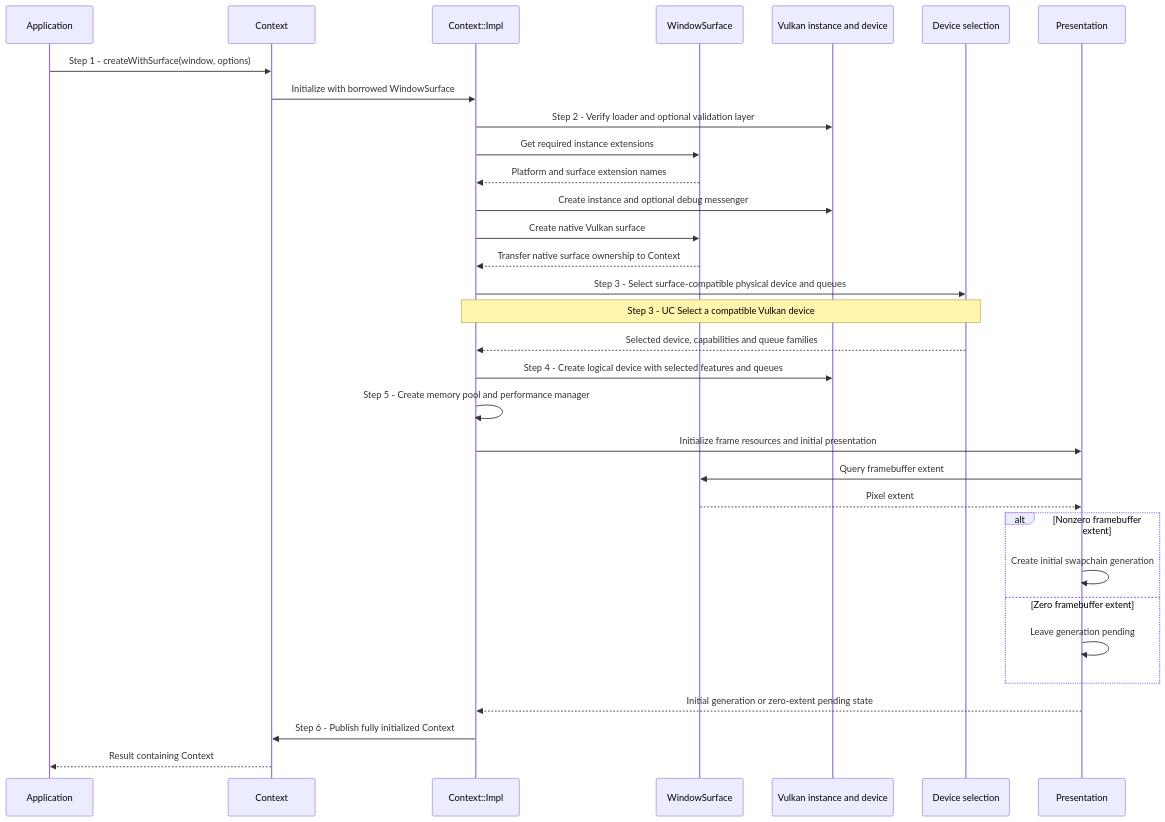
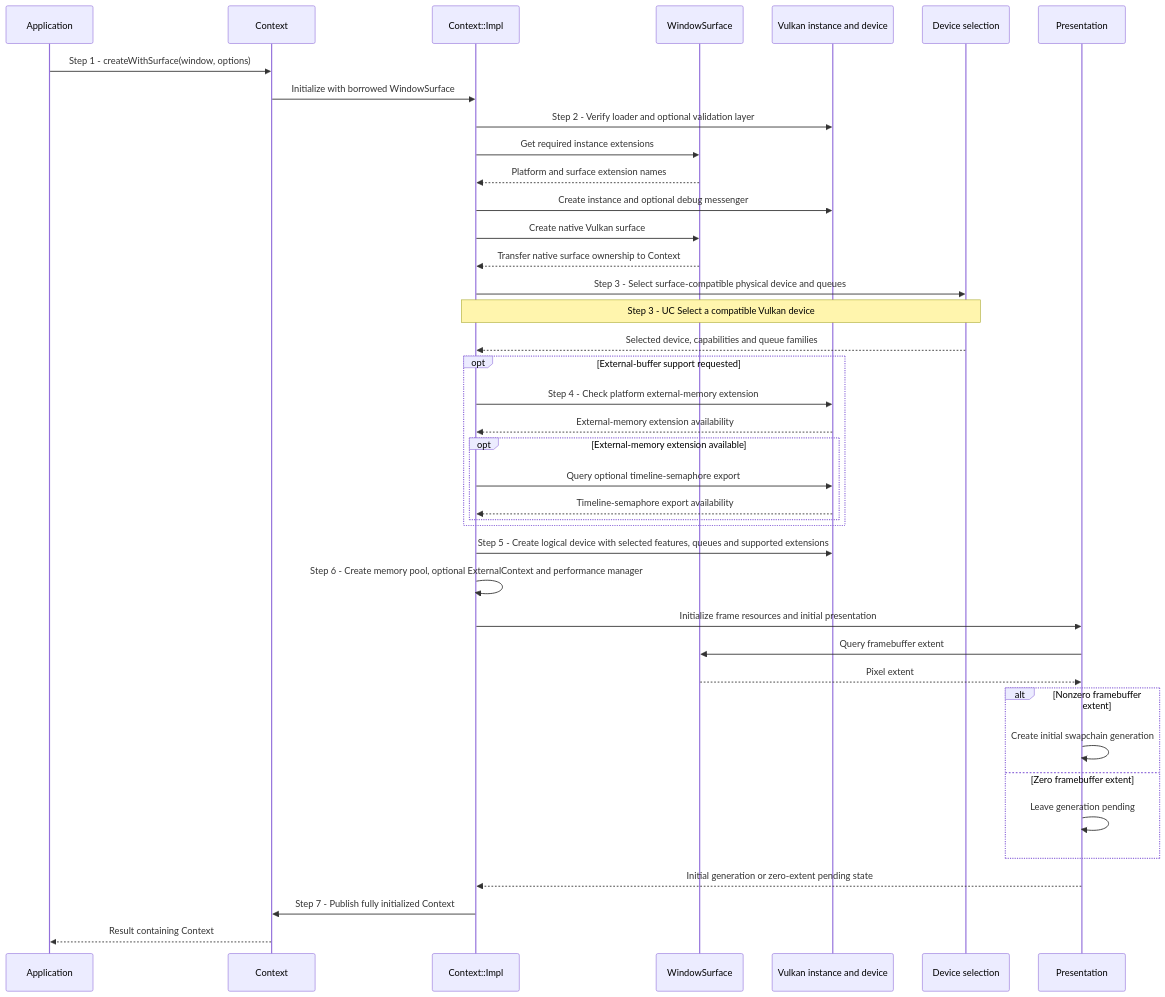
The second of 3 diagrams in docs/use-cases/create-context.md (a-soltysik/Panda), drawn with Mermaid before and after one commit. The commit also changed other lines of this file and 31 other files, not shown here.

Commit message:
Add optional timeline semaphore export and CUDA import (#86)

````diff
--- a/docs/use-cases/create-context.md
+++ b/docs/use-cases/create-context.md
@@ -75,34 +95,42 @@
 ```mermaid
 sequenceDiagram
     participant A as Application
     participant C as Context
     participant I as Context::Impl
     participant W as WindowSurface
     participant V as Vulkan instance and device
     participant D as Device selection
     participant P as Presentation
     A->>C: Step 1 - createWithSurface(window, options)
     C->>I: Initialize with borrowed WindowSurface
     I->>V: Step 2 - Verify loader and optional validation layer
     I->>W: Get required instance extensions
     W-->>I: Platform and surface extension names
     I->>V: Create instance and optional debug messenger
     I->>W: Create native Vulkan surface
     W-->>I: Transfer native surface ownership to Context
     I->>D: Step 3 - Select surface-compatible physical device and queues
     Note over I,D: Step 3 - UC Select a compatible Vulkan device
     D-->>I: Selected device, capabilities and queue families
-    I->>V: Step 4 - Create logical device with selected features and queues
-    I->>I: Step 5 - Create memory pool and performance manager
+    opt External-buffer support requested
+        I->>V: Step 4 - Check platform external-memory extension
+        V-->>I: External-memory extension availability
+        opt External-memory extension available
+            I->>V: Query optional timeline-semaphore export
+            V-->>I: Timeline-semaphore export availability
+        end
+    end
+    I->>V: Step 5 - Create logical device with selected features, queues and supported extensions
+    I->>I: Step 6 - Create memory pool, optional ExternalContext and performance manager
     I->>P: Initialize frame resources and initial presentation
     P->>W: Query framebuffer extent
     W-->>P: Pixel extent
     alt Nonzero framebuffer extent
         P->>P: Create initial swapchain generation
     else Zero framebuffer extent
         P->>P: Leave generation pending
     end
     P-->>I: Initial generation or zero-extent pending state
-    I->>C: Step 6 - Publish fully initialized Context
+    I->>C: Step 7 - Publish fully initialized Context
     C-->>A: Result containing Context
 ```
````
